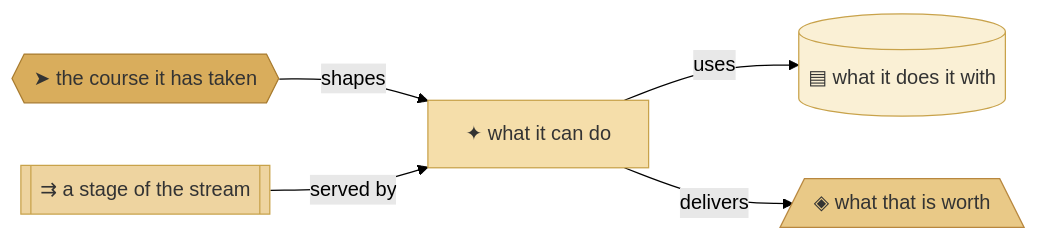
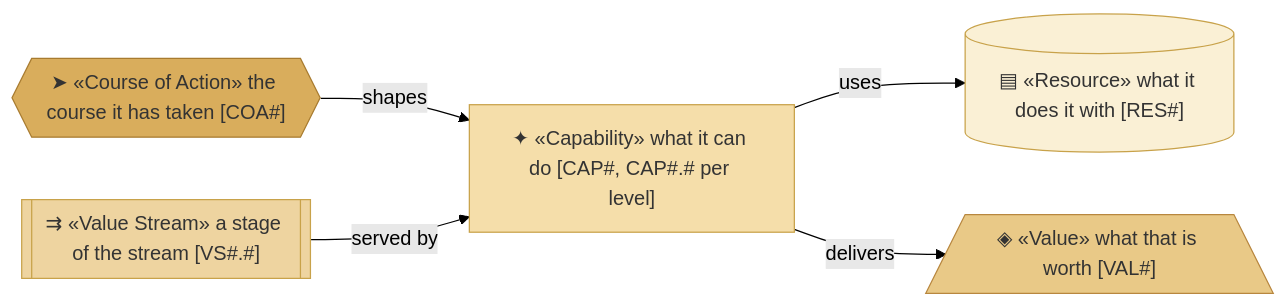
One commit to roanboc/architecture-archreator changed the first of 3 diagrams in org-archreator/architecture/1_strategy/2_capabilities-and-value-stream.md. Above: the diagram before and after it, drawn with Mermaid (forest theme). The commit also changed other lines of this file and 19 other files, not shown here.

````diff
--- a/org-archreator/architecture/1_strategy/2_capabilities-and-value-stream.md
+++ b/org-archreator/architecture/1_strategy/2_capabilities-and-value-stream.md
@@ -13,19 +13,19 @@
 ```mermaid
 flowchart LR
-  cap["✦ what it can do"]:::capability
-  res[("▤ what it does it with")]:::resource
-  val[/"◈ what that is worth"\]:::value
-  coa{{"➤ the course it has taken"}}:::coa
-  vs[["⇉ a stage of the stream"]]:::vsx
+  cap["✦ «Capability» what it can do [CAP#, CAP#.# per level]"]:::capability
+  res[("▤ «Resource» what it does it with [RES#]")]:::resource
+  val[/"◈ «Value» what that is worth [VAL#]"\]:::value
+  coa{{"➤ «Course of Action» the course it has taken [COA#]"}}:::coa
+  vs[["⇉ «Value Stream» a stage of the stream [VS#.#]"]]:::vsx
 
   cap -->|uses| res
   cap -->|delivers| val
   coa -->|shapes| cap
   vs -->|served by| cap
 
   classDef capability fill:#f5deaa,stroke:#c8a24a,color:#333
   classDef resource fill:#faf0d5,stroke:#c8a24a,color:#333
   classDef value fill:#e9c987,stroke:#b8873f,color:#333
   classDef coa fill:#d9ad5c,stroke:#a87b2f,color:#333
   classDef vsx fill:#eed4a0,stroke:#c8a24a,color:#333
 ```
````
